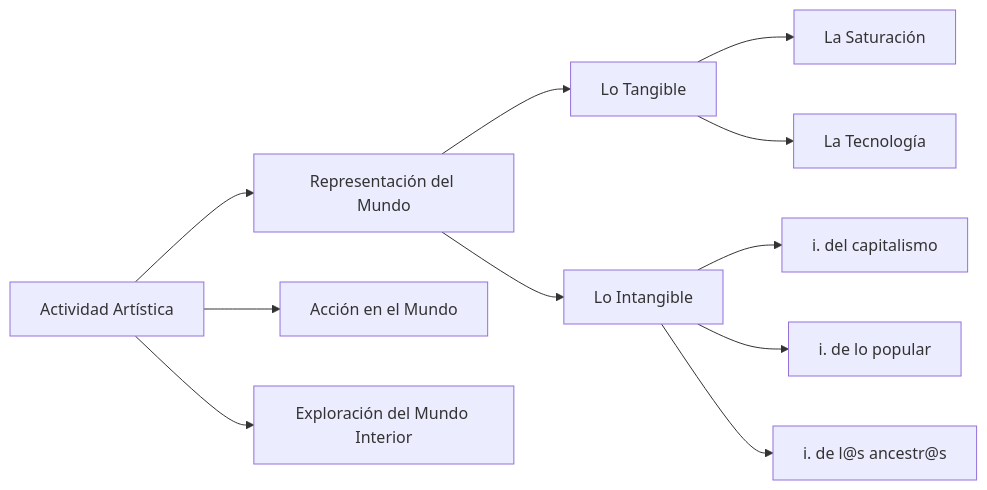
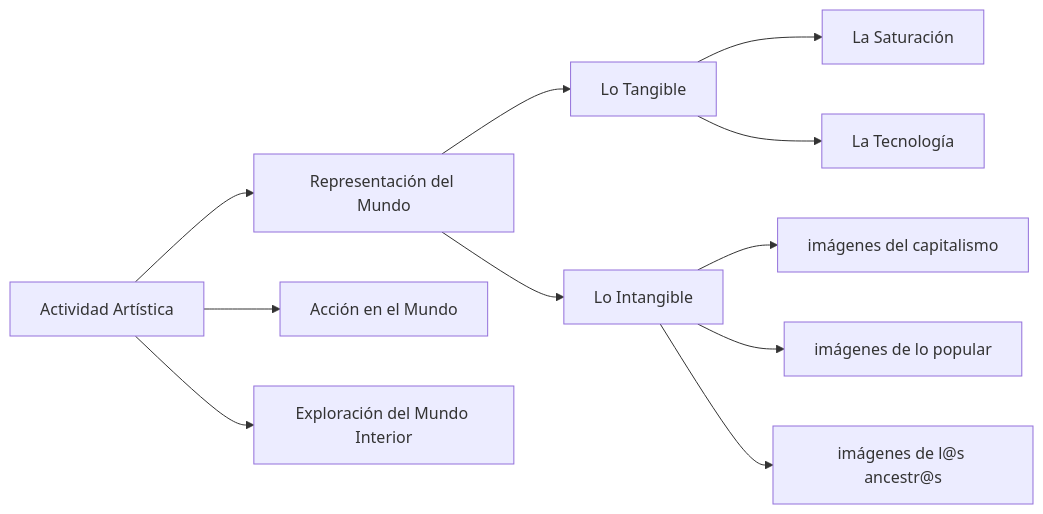
One commit to EGGS-Artesvisuales/EGGS-Artesvisuales.github.io changed the diagram in ES/mundo-exterior.md. Above: the diagram before and after it, drawn with Mermaid.

```diff
--- a/ES/mundo-exterior.md
+++ b/ES/mundo-exterior.md
@@ -12,38 +12,38 @@
 <div class="mermaid">
 graph LR
     principal[Actividad Artística]
     representacion[Representación del Mundo]
     accion[Acción en el Mundo]
     interior[Exploración del Mundo Interior]
 
     principal --> representacion
     principal --> accion
     principal --> interior
 
     representacion --> tangible[Lo Tangible]
     representacion --> intangible[Lo Intangible]
 
     tangible --> saturacion[La Saturación]
     tangible --> tecnologia[La Tecnología]
 
-    intangible --> capitalismo[i. del capitalismo]
-    intangible --> popular[i. de lo popular]
-    intangible --> ancestrales[i. de l@s ancestr@s]
+    intangible --> capitalismo[imágenes del capitalismo]
+    intangible --> popular[imágenes de lo popular]
+    intangible --> ancestrales[imágenes de l@s ancestr@s]
 
     click principal "/ES/index.html" "Ir al Inicio"
     click representacion "/ES/mundo-exterior.html" "Ir a Representación del Mundo"
     click tangible "/ES/tangible.html" "Ir a Lo Tangible"
     click intangible "/ES/intangible.html" "Ir a Lo Intangible"
 
     click accion "/ES/accion.html" "Ir a Acción en el Mundo"
     click interior "/ES/interior.html" "Ir a Exploración del Mundo Interior"
 
     click saturacion "/ES/saturacion.html" "Ir a La Saturación"
     click tecnologia "/ES/tecnologia.html" "Ir a La Tecnología"
     click capitalismo "/ES/capitalismo.html" "Ir a i. del capitalismo"
     click popular "/ES/popular.html" "Ir a i. de lo popular"
     click ancestrales "/ES/ancestros.html" "Ir a i. de l@s ancestr@s"
 
 
 
 </div>
```
